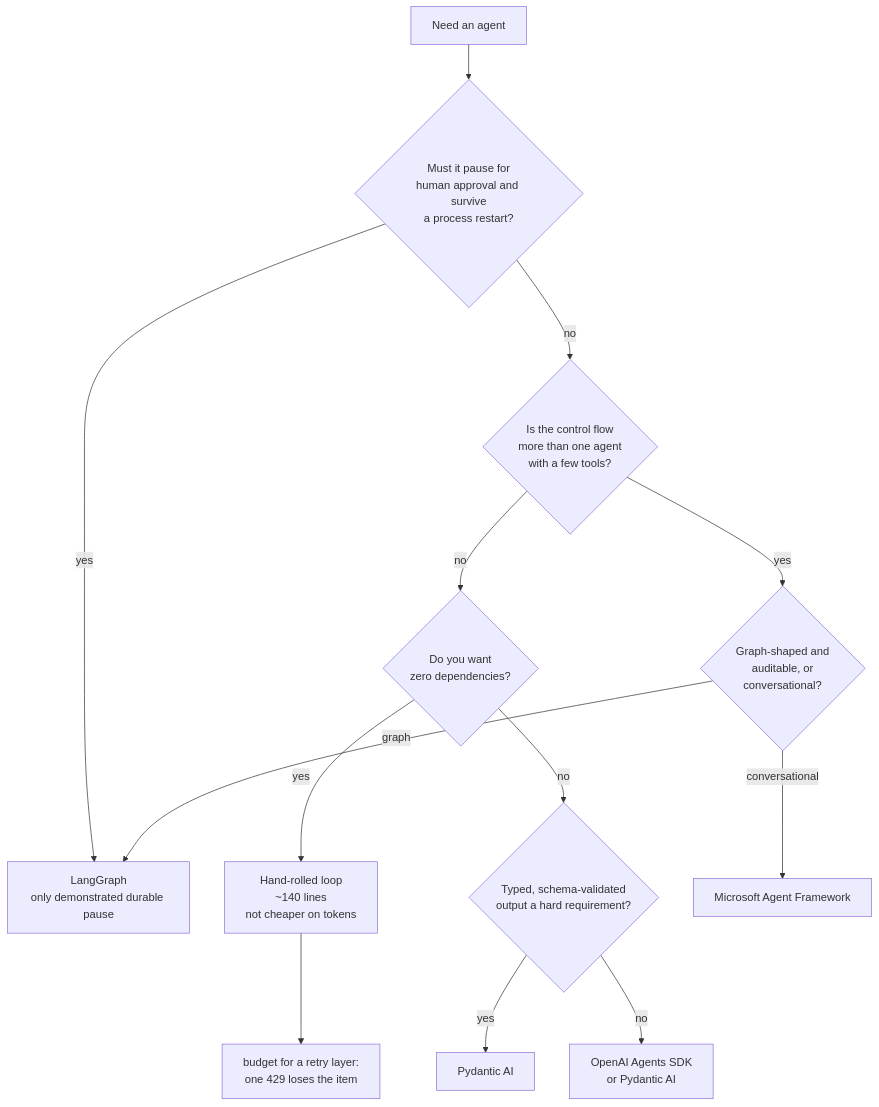
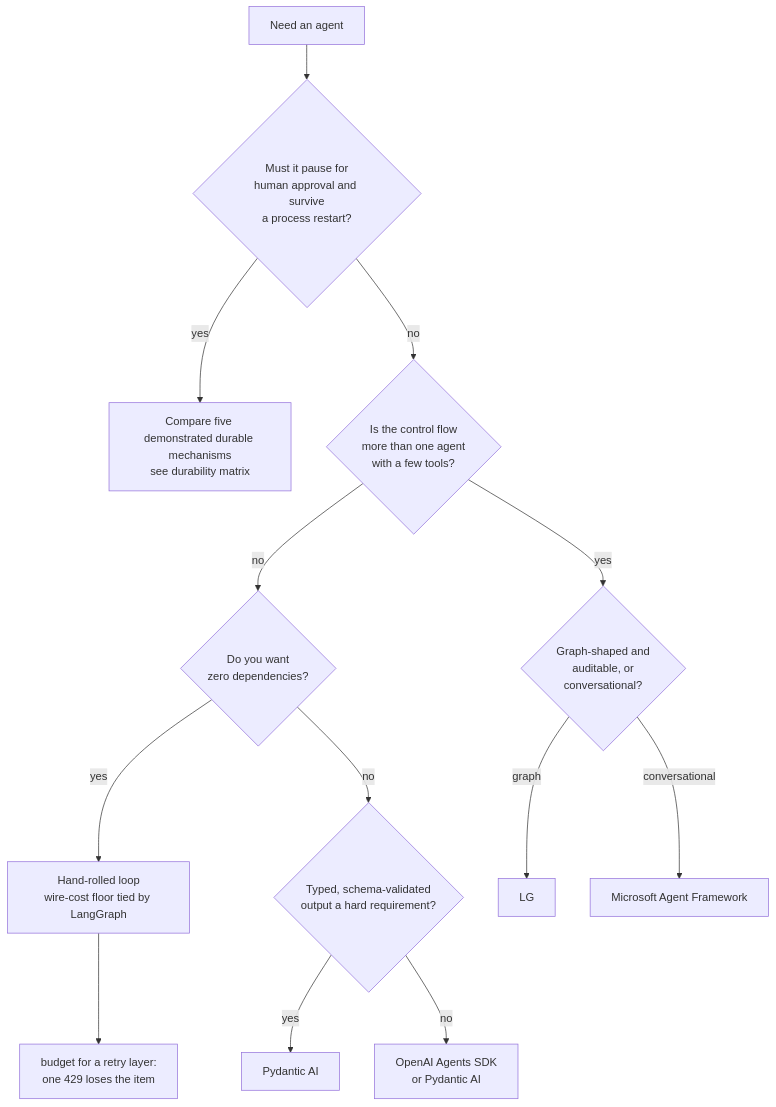
Before and after one commit to code-with-rashid/agentic-arena: the diagram in docs/decision-guide.md, drawn with Mermaid. The commit also changed 37 other files, not shown here.

Commit message:
docs: establish concept-first ecosystem charter and knowledge vault (#108)

````diff
--- a/docs/decision-guide.md
+++ b/docs/decision-guide.md
@@ -307,15 +307,15 @@
 ```mermaid
 flowchart TD
     A[Need an agent] --> B{Must it pause for<br/>human approval and survive<br/>a process restart?}
-    B -- yes --> LG[LangGraph<br/>only demonstrated durable pause]
+    B -- yes --> DP[Compare five demonstrated durable mechanisms<br/>see durability matrix]
     B -- no --> C{Is the control flow<br/>more than one agent<br/>with a few tools?}
     C -- no --> D{Do you want<br/>zero dependencies?}
-    D -- yes --> V[Hand-rolled loop<br/>~140 lines<br/>not cheaper on tokens]
+    D -- yes --> V[Hand-rolled loop<br/>wire-cost floor tied by LangGraph]
     D -- no --> E{Typed, schema-validated<br/>output a hard requirement?}
     E -- yes --> PA[Pydantic AI]
     E -- no --> OA[OpenAI Agents SDK<br/>or Pydantic AI]
     C -- yes --> F{Graph-shaped and<br/>auditable, or<br/>conversational?}
     F -- graph --> LG
     F -- conversational --> MAF[Microsoft Agent Framework]
     V --> R[budget for a retry layer:<br/>one 429 loses the item]
 ```
````
